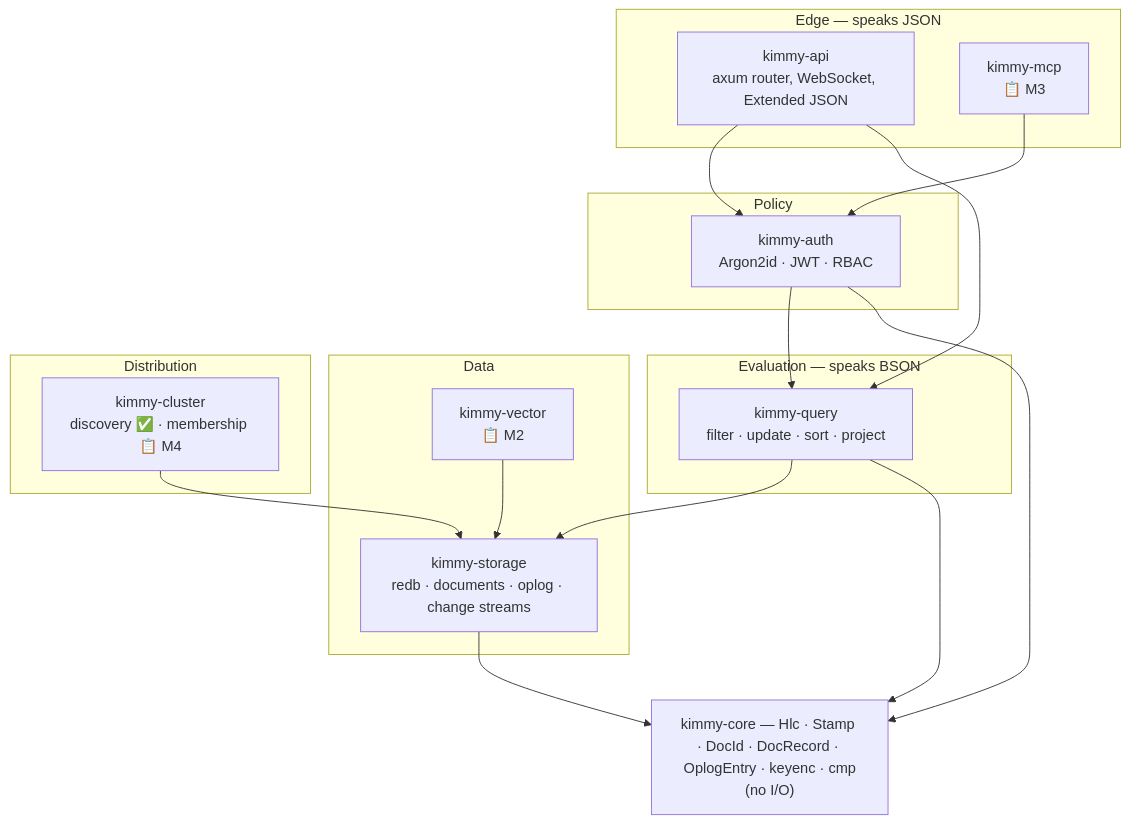
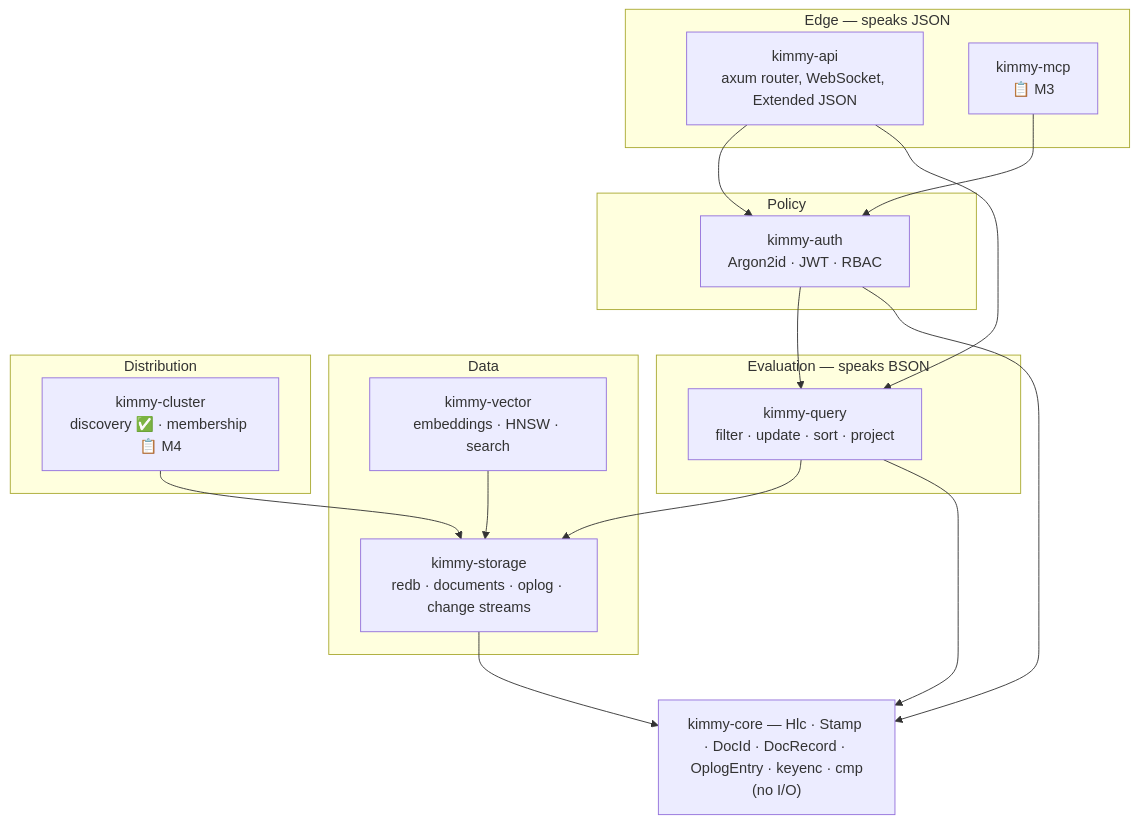
One commit to titusai-io/kimmydb changed the third of 5 diagrams in docs/architecture.md. Above: the diagram before and after it, drawn with Mermaid. The commit also changed other lines of this file and 22 other files, not shown here.

First line of the commit message:
Wire HNSW into search, and complete the M2 documentation

````diff
--- a/docs/architecture.md
+++ b/docs/architecture.md
@@ -69,37 +69,37 @@
 ```mermaid
 graph TB
     subgraph EDGE["Edge — speaks JSON"]
         API["kimmy-api<br/>axum router, WebSocket, Extended JSON"]
         MCP["kimmy-mcp<br/>📋 M3"]
     end
 
     subgraph POLICY["Policy"]
         AUTH["kimmy-auth<br/>Argon2id · JWT · RBAC"]
     end
 
     subgraph LOGIC["Evaluation — speaks BSON"]
         QRY["kimmy-query<br/>filter · update · sort · project"]
     end
 
     subgraph DATA["Data"]
         STO["kimmy-storage<br/>redb · documents · oplog · change streams"]
-        VEC["kimmy-vector<br/>📋 M2"]
+        VEC["kimmy-vector<br/>embeddings · HNSW · search"]
     end
 
     subgraph DIST["Distribution"]
         CLU["kimmy-cluster<br/>discovery ✅ · membership 📋 M4"]
     end
 
     CORE["kimmy-core — Hlc · Stamp · DocId · DocRecord · OplogEntry · keyenc · cmp<br/>(no I/O)"]
 
     API --> AUTH
     MCP --> AUTH
     AUTH --> QRY
     API --> QRY
     QRY --> STO
     VEC --> STO
     CLU --> STO
     STO --> CORE
     QRY --> CORE
     AUTH --> CORE
 ```
````
